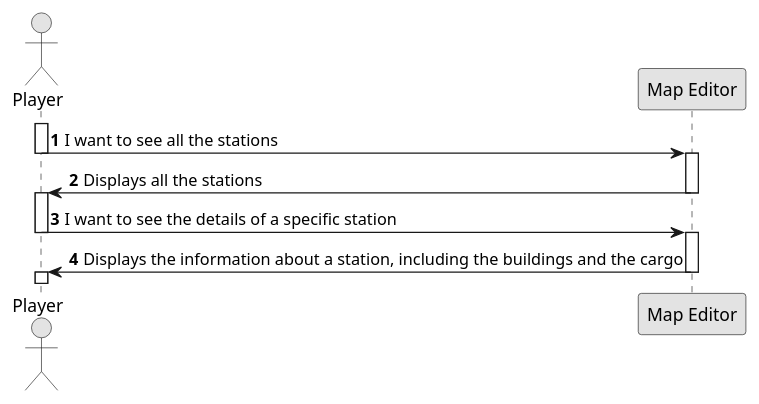
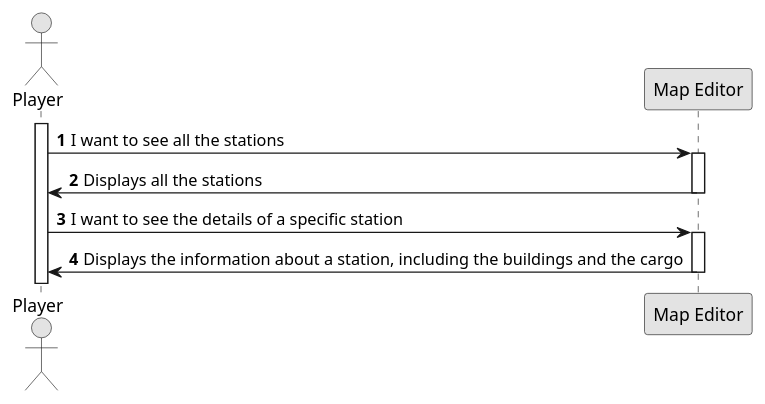
The diagram in docs/system-documentation/US007/01.requirements-engineering/puml/US007-SSD.puml (goncalolopesp/sem2-pi-24.25-g093-repo), drawn with PlantUML before and after one commit. The commit also changed 4 other files, not shown here.

Commit message:
Updated US007 and 009 analysis diagram

```diff
--- a/docs/system-documentation/US007/01.requirements-engineering/puml/US007-SSD.puml
+++ b/docs/system-documentation/US007/01.requirements-engineering/puml/US007-SSD.puml
@@ -1,29 +1,25 @@
 @startuml
 skinparam monochrome true
 skinparam packageStyle rectangle
 skinparam shadowing false
 
 autonumber
 
 actor "Player" as Player
 participant "Map Editor" as MapEditor
 
 activate Player
 
     Player -> MapEditor : I want to see all the stations
-    deactivate Player
     activate MapEditor
 
     MapEditor -> Player : Displays all the stations
     deactivate MapEditor
-    activate Player
 
     Player -> MapEditor : I want to see the details of a specific station
-    deactivate Player
     activate MapEditor
 
     MapEditor -> Player : Displays the information about a station, including the buildings and the cargo
     deactivate MapEditor
-    activate Player
 
 @enduml
```
